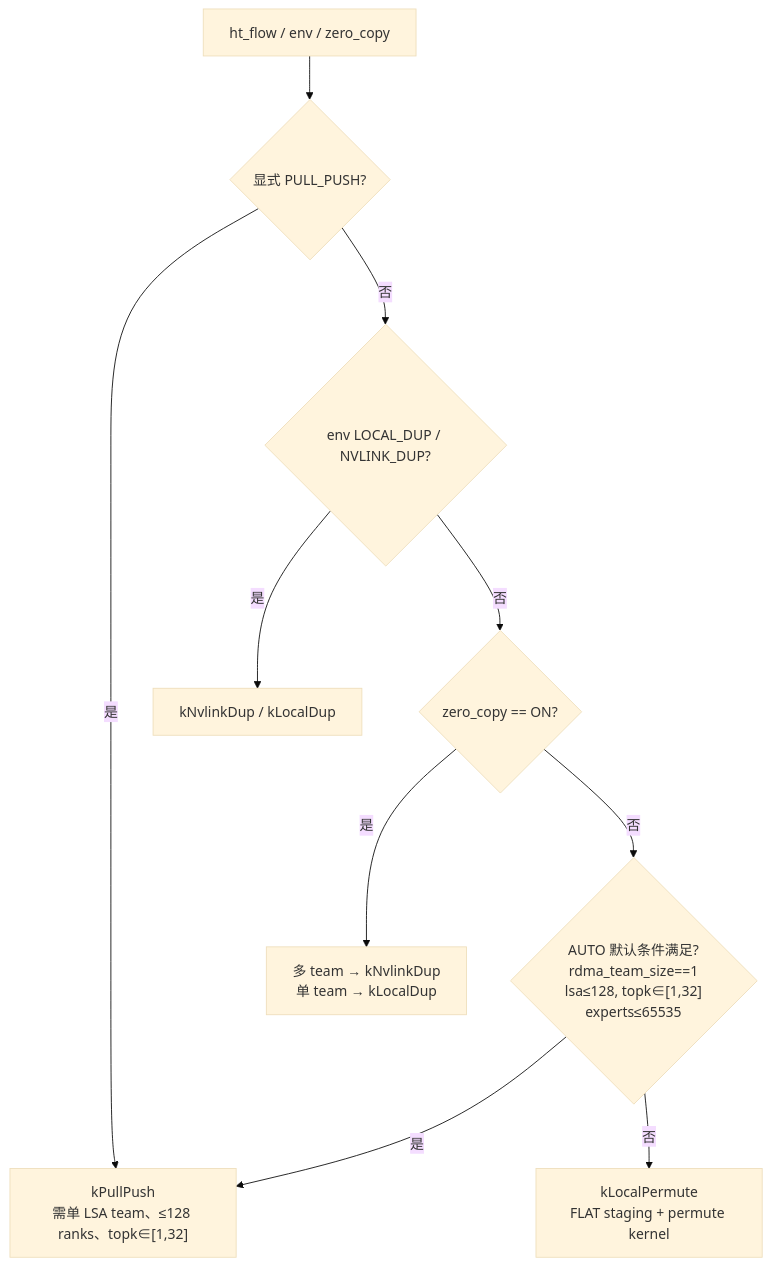
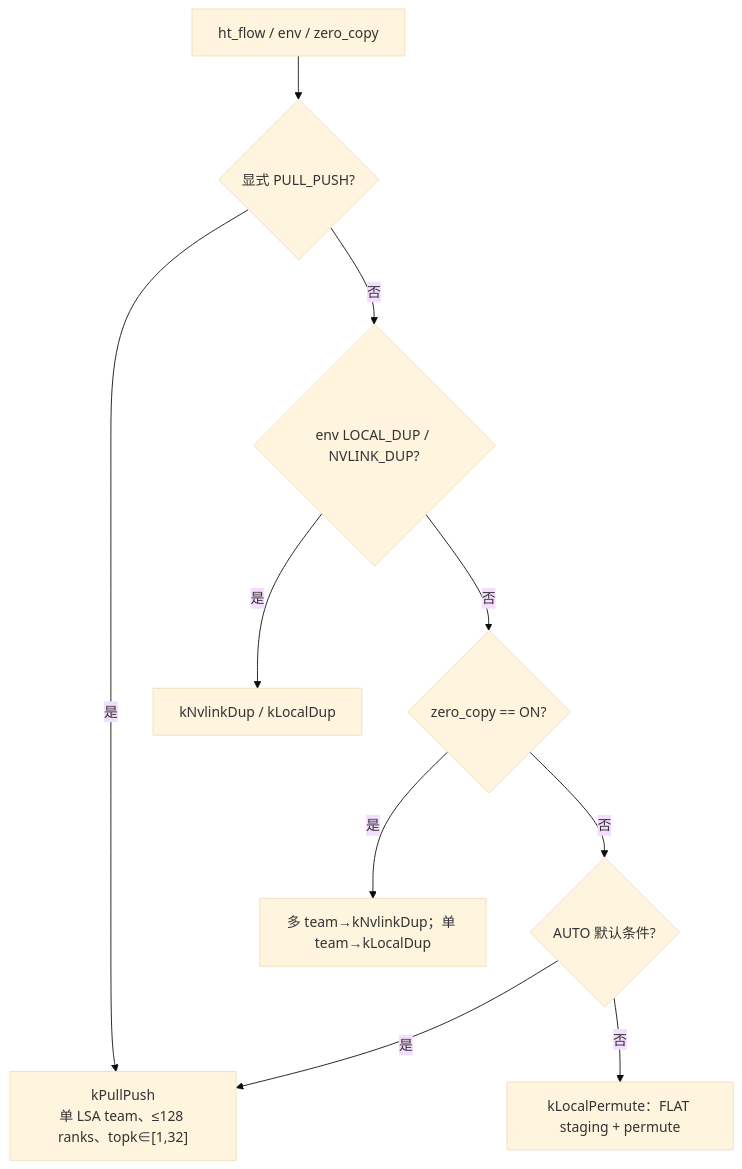
The third of 9 diagrams in nccl_ep/docs/design_overview.md (s0okiym/nccl-extensions), drawn with Mermaid (base theme) before and after one commit. The commit also changed other lines of this file, not shown here.

````diff
--- a/nccl_ep/docs/design_overview.md
+++ b/nccl_ep/docs/design_overview.md
@@ -227,12 +161,12 @@
 ```mermaid
 flowchart TD
   A["ht_flow / env / zero_copy"] --> B{"显式 PULL_PUSH?"}
-  B -->|是| M["kPullPush<br/>需单 LSA team、≤128 ranks、topk∈[1,32]"]
+  B -->|是| M["kPullPush<br/>单 LSA team、≤128 ranks、topk∈[1,32]"]
   B -->|否| C{"env LOCAL_DUP / NVLINK_DUP?"}
   C -->|是| D["kNvlinkDup / kLocalDup"]
   C -->|否| E{"zero_copy == ON?"}
-  E -->|是| F["多 team → kNvlinkDup<br/>单 team → kLocalDup"]
-  E -->|否| G{"AUTO 默认条件满足?<br/>rdma_team_size==1<br/>lsa≤128, topk∈[1,32]<br/>experts≤65535"}
+  E -->|是| F["多 team→kNvlinkDup；单 team→kLocalDup"]
+  E -->|否| G{"AUTO 默认条件?"}
   G -->|是| M
-  G -->|否| H["kLocalPermute<br/>FLAT staging + permute kernel"]
+  G -->|否| H["kLocalPermute：FLAT staging + permute"]
 ```
````
